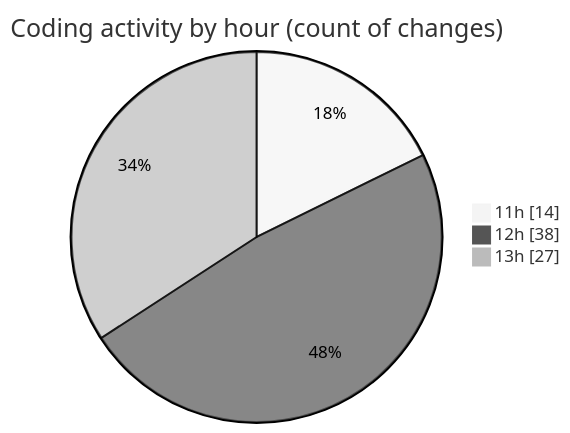
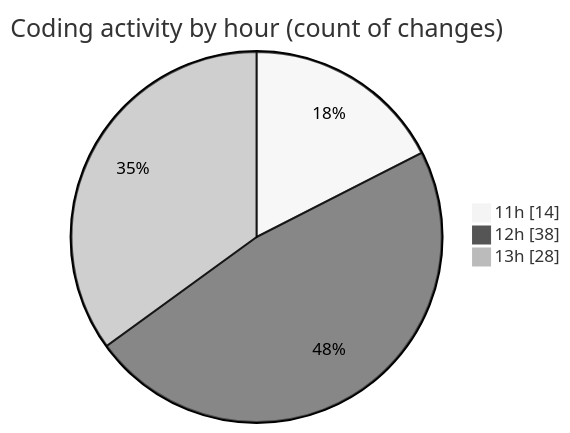
Before and after one commit to nxtqubesakshisongat/code-tracking: the second of 2 diagrams in 2025-08-28/nxtqube_webapp/README.md, drawn with Mermaid (neutral theme). The commit also changed other lines of this file and 1 other file, not shown here.

````diff
--- a/2025-08-28/nxtqube_webapp/README.md
+++ b/2025-08-28/nxtqube_webapp/README.md
@@ -34,7 +34,7 @@
 ```mermaid
 pie showData
 title Coding activity by hour (count of changes)
 "11h" : 14
 "12h" : 38
-"13h" : 27
+"13h" : 28
 ```
````
